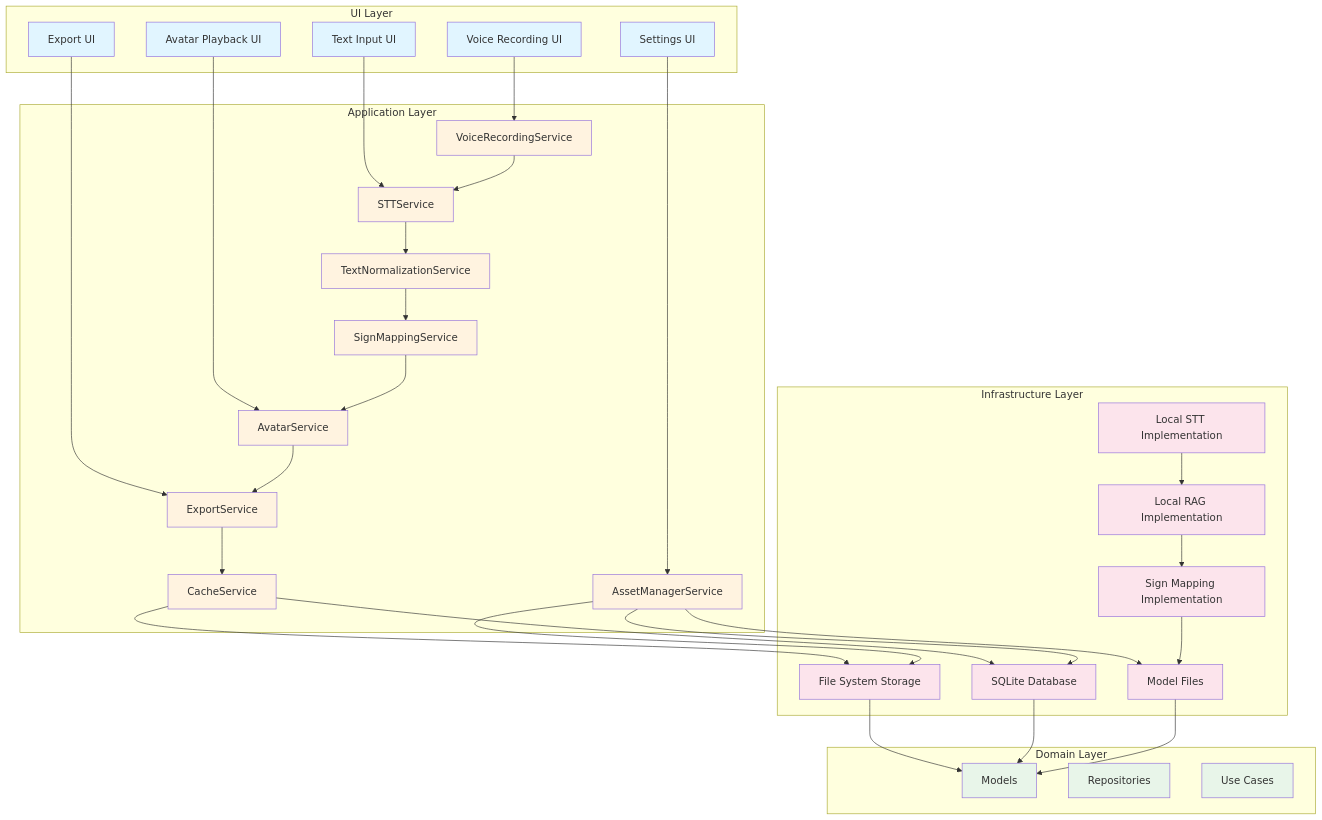
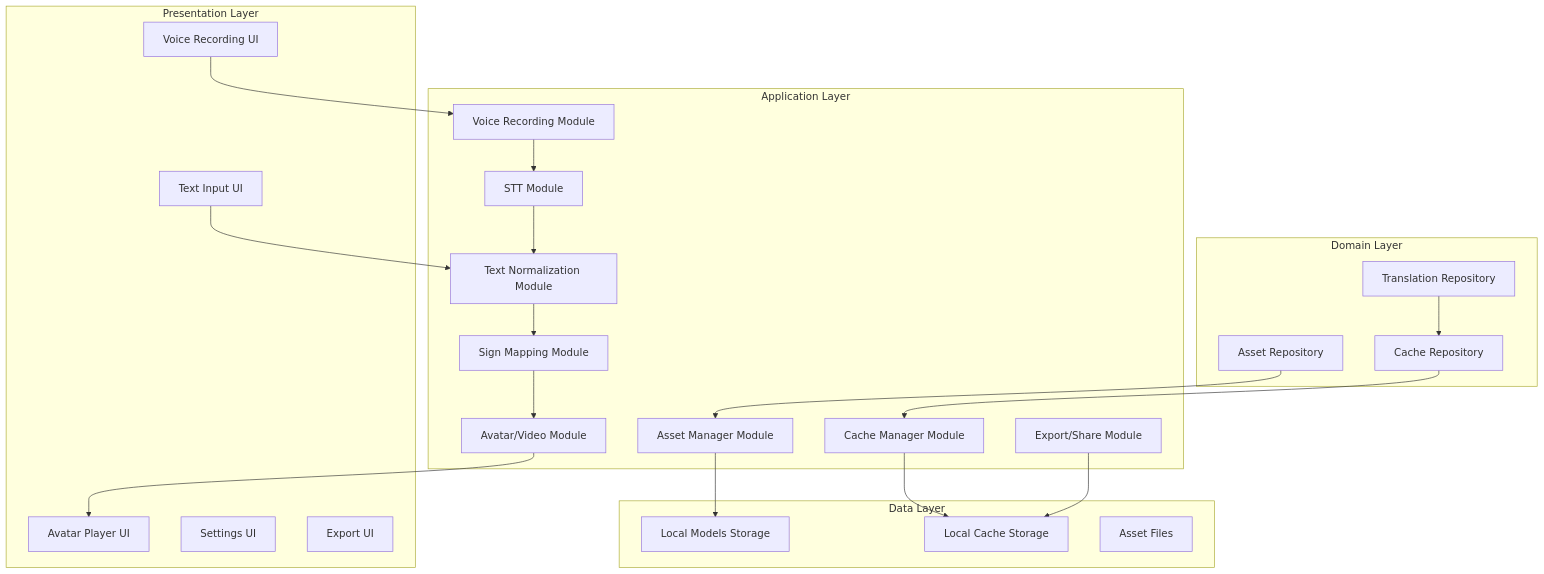
One commit to wael93/SingAIPureFlutter changed the diagram in .kiro/specs/sign-language-mvp/design.md. Above: the diagram before and after it, drawn with Mermaid. The commit also changed other lines of this file and 47 other files, not shown here.

````diff
--- a/.kiro/specs/sign-language-mvp/design.md
+++ b/.kiro/specs/sign-language-mvp/design.md
@@ -18,87 +19,47 @@
 ```mermaid
 graph TB
-    subgraph "UI Layer"
+    subgraph "Presentation Layer"
         A[Voice Recording UI]
         B[Text Input UI]
-        C[Avatar Playback UI]
+        C[Avatar Player UI]
         D[Settings UI]
         E[Export UI]
     end
     
     subgraph "Application Layer"
-        F[VoiceRecordingService]
-        G[STTService]
-        H[TextNormalizationService]
-        I[SignMappingService]
-        J[AvatarService]
-        K[ExportService]
-        L[CacheService]
-        M[AssetManagerService]
+        F[Voice Recording Module]
+        G[STT Module]
+        H[Text Normalization Module]
+        I[Sign Mapping Module]
+        J[Avatar/Video Module]
+        K[Asset Manager Module]
+        L[Cache Manager Module]
+        M[Export/Share Module]
     end
     
     subgraph "Domain Layer"
-        N[Models]
-        O[Repositories]
-        P[Use Cases]
+        N[Translation Repository]
+        O[Asset Repository]
+        P[Cache Repository]
     end
     
-    subgraph "Infrastructure Layer"
-        Q[Local STT Implementation]
-        R[Local RAG Implementation]
-        S[Sign Mapping Implementation]
-        T[File System Storage]
-        U[SQLite Database]
-        V[Model Files]
+    subgraph "Data Layer"
+        Q[Local Models Storage]
+        R[Local Cache Storage]
+        S[Asset Files]
     end
     
     A --> F
-    B --> G
-    C --> J
-    D --> M
-    E --> K
-    
+    B --> H
     F --> G
     G --> H
     H --> I
     I --> J
-    J --> K
-    
-    K --> L
-    L --> T
-    L --> U
-    
-    M --> T
-    M --> U
-    M --> V
-    
-    Q --> R
-    R --> S
-    S --> V
-    
-    T --> N
-    U --> N
-    V --> N
-    
-    style A fill:#e1f5ff
-    style B fill:#e1f5ff
-    style C fill:#e1f5ff
-    style D fill:#e1f5ff
-    style E fill:#e1f5ff
-    style F fill:#fff3e0
-    style G fill:#fff3e0
-    style H fill:#fff3e0
-    style I fill:#fff3e0
-    style J fill:#fff3e0
-    style K fill:#fff3e0
-    style L fill:#fff3e0
-    style M fill:#fff3e0
-    style N fill:#e8f5e9
-    style O fill:#e8f5e9
-    style P fill:#e8f5e9
-    style Q fill:#fce4ec
-    style R fill:#fce4ec
-    style S fill:#fce4ec
-    style T fill:#fce4ec
-    style U fill:#fce4ec
-    style V fill:#fce4ec
+    J --> C
+    K --> Q
+    L --> R
+    M --> R
+    N --> P
+    O --> K
+    P --> L
 ```
````
